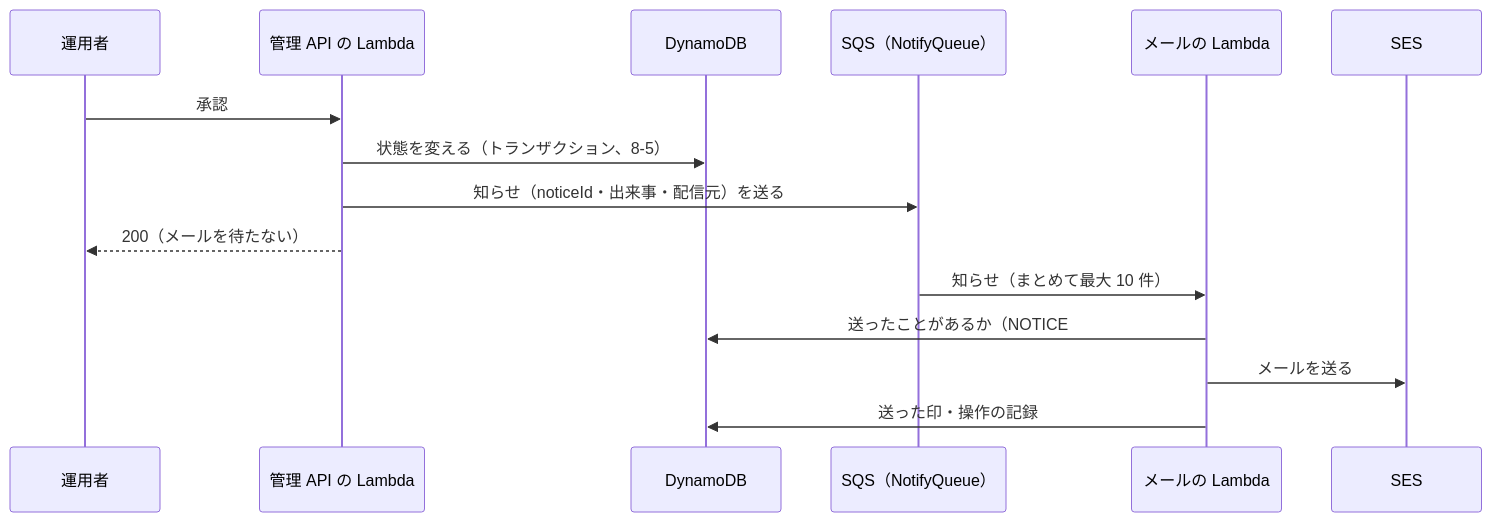
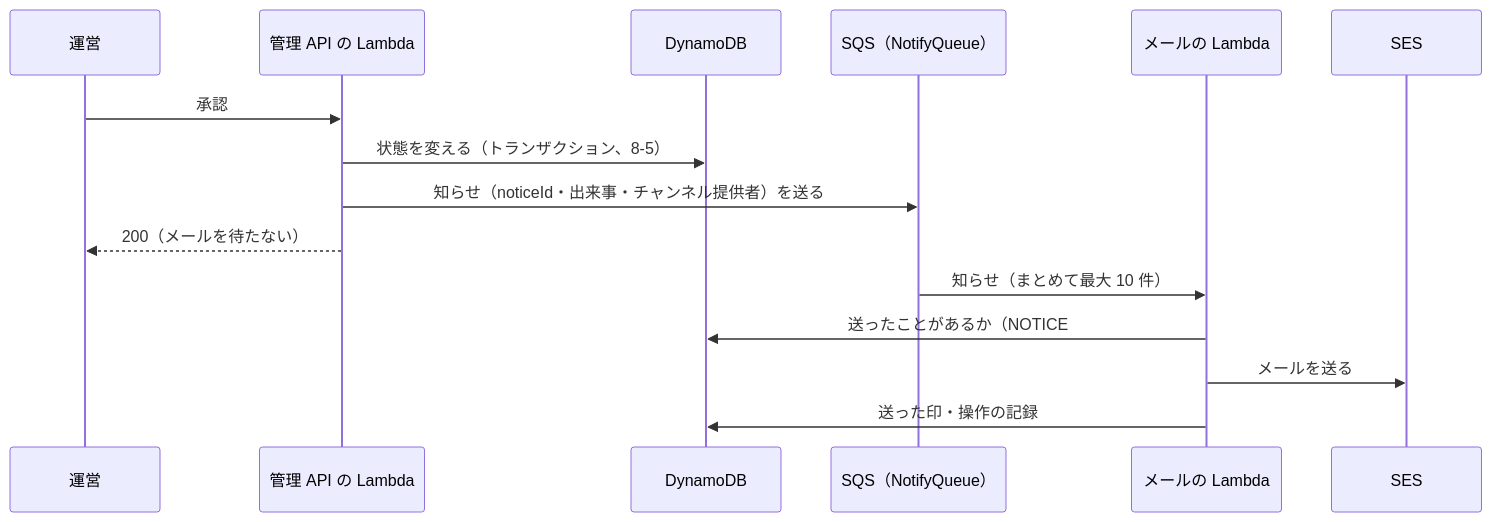
One commit to duwenji/yorisoi-tutorial changed the diagram in 08-aws/07-sqs-ses-kms.md. Above: the diagram before and after it, drawn with Mermaid. The commit also changed other lines of this file and 62 other files, not shown here.

````diff
--- a/08-aws/07-sqs-ses-kms.md
+++ b/08-aws/07-sqs-ses-kms.md
@@ -20,17 +20,17 @@
 ```mermaid
 sequenceDiagram
-    participant O as 運用者
+    participant O as 運営
     participant A as 管理 API の Lambda
     participant D as DynamoDB
     participant Q as SQS（NotifyQueue）
     participant N as メールの Lambda
     participant S as SES
     O->>A: 承認
     A->>D: 状態を変える（トランザクション、8-5）
-    A->>Q: 知らせ（noticeId・出来事・配信元）を送る
+    A->>Q: 知らせ（noticeId・出来事・チャンネル提供者）を送る
     A-->>O: 200（メールを待たない）
     Q->>N: 知らせ（まとめて最大 10 件）
     N->>D: 送ったことがあるか（NOTICE#…）
     N->>S: メールを送る
     N->>D: 送った印・操作の記録
 ```
````
